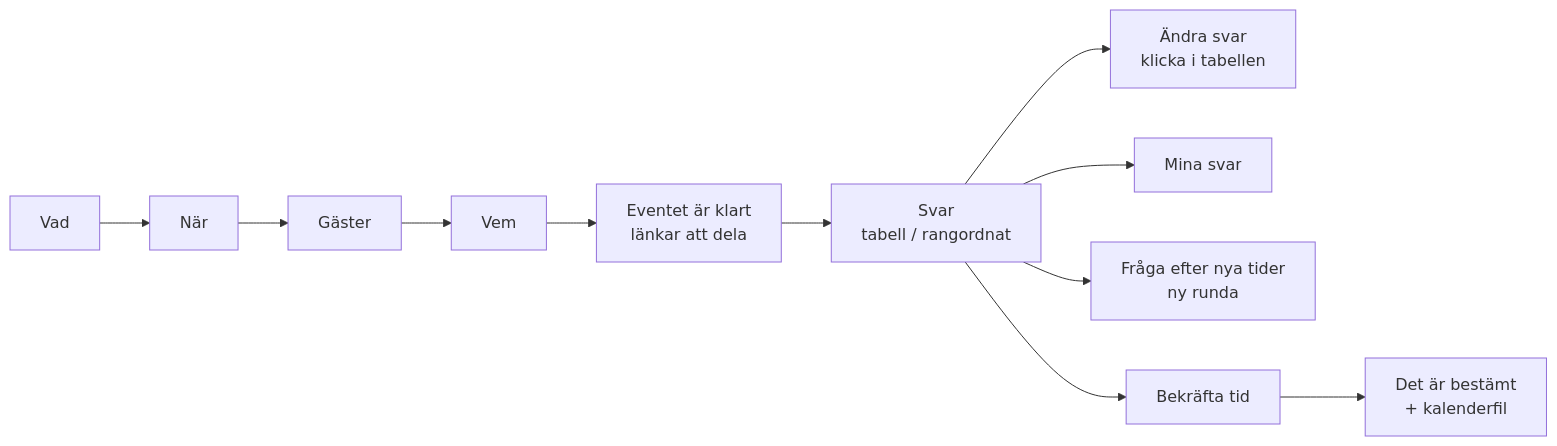
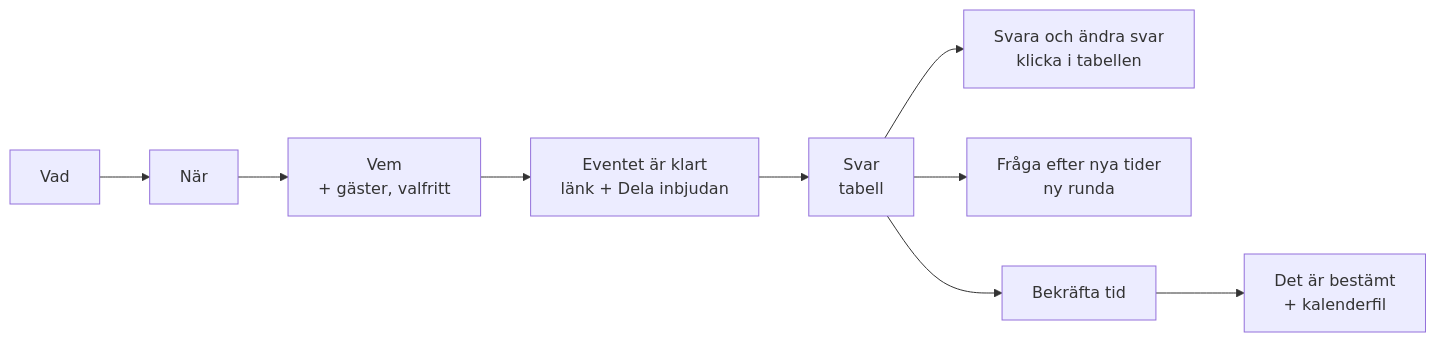
One commit to seke76/stefaneklund-site changed the first of 2 diagrams in app/whenworks/README.md. Above: the diagram before and after it, drawn with Mermaid. The commit also changed other lines of this file and 10 other files, not shown here.

````diff
--- a/app/whenworks/README.md
+++ b/app/whenworks/README.md
@@ -29,9 +29,8 @@
 ```mermaid
 flowchart LR
-  A[Vad] --> B[När] --> C[Gäster] --> D[Vem] --> E[Eventet är klart<br/>länkar att dela]
-  E --> F[Svar<br/>tabell / rangordnat]
-  F --> K[Ändra svar<br/>klicka i tabellen]
-  F --> G[Mina svar]
+  A[Vad] --> B[När] --> D[Vem<br/>+ gäster, valfritt] --> E[Eventet är klart<br/>länk + Dela inbjudan]
+  E --> F[Svar<br/>tabell]
+  F --> K[Svara och ändra svar<br/>klicka i tabellen]
   F --> H[Fråga efter nya tider<br/>ny runda]
   F --> I[Bekräfta tid] --> J[Det är bestämt<br/>+ kalenderfil]
 ```
````
